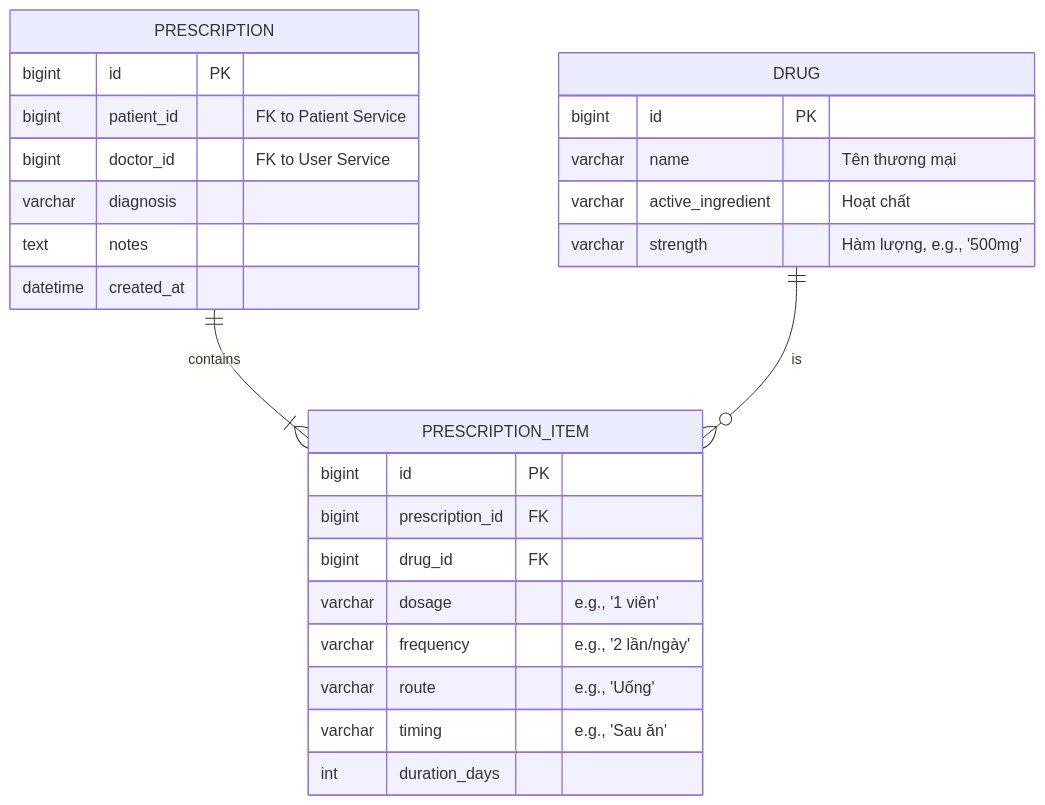
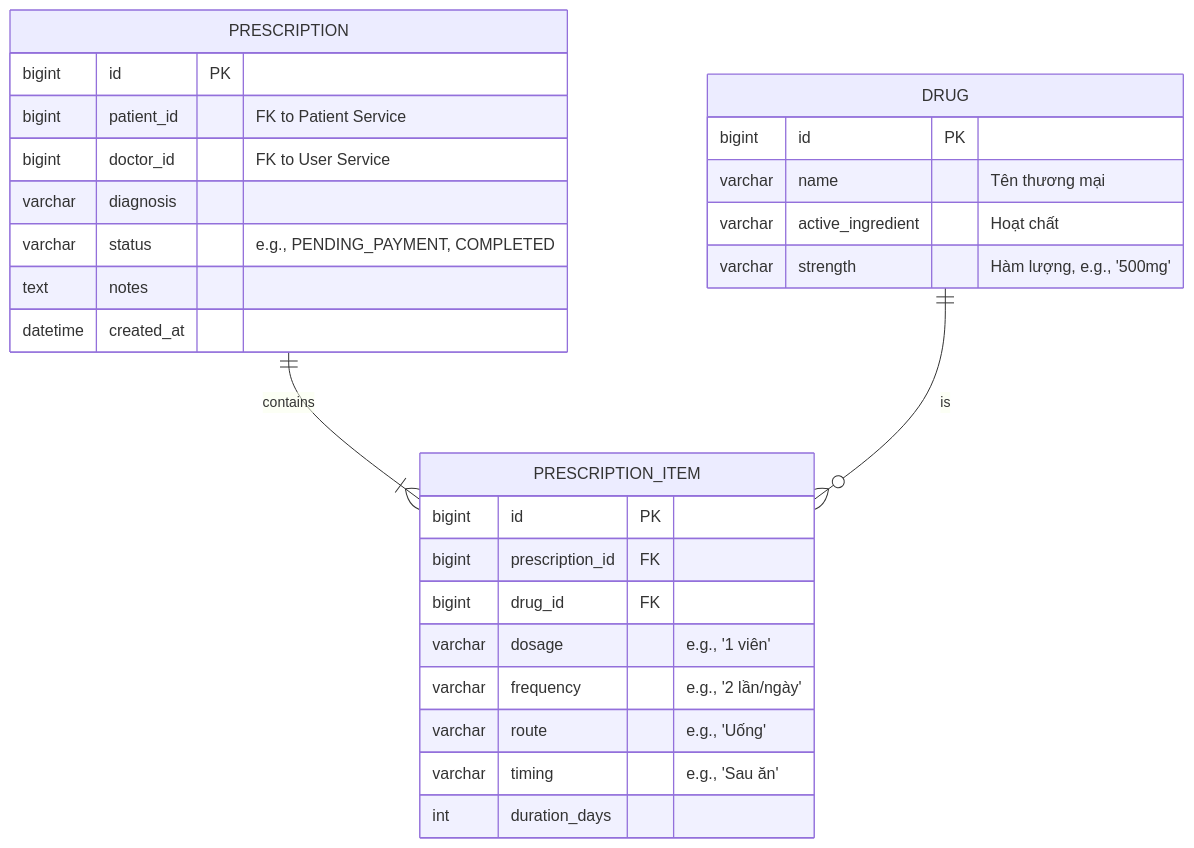
Before and after one commit to smart-healthcare-platform/smart-health-backend: the second of 2 diagrams in medicine/README.md, drawn with Mermaid. The commit also changed other lines of this file, not shown here.

````diff
--- a/medicine/README.md
+++ b/medicine/README.md
@@ -170,33 +173,34 @@
 ```mermaid
 erDiagram
     PRESCRIPTION {
         bigint id PK
         bigint patient_id "FK to Patient Service"
         bigint doctor_id "FK to User Service"
         varchar diagnosis
+        varchar status "e.g., PENDING_PAYMENT, COMPLETED"
         text notes
         datetime created_at
     }
 
     PRESCRIPTION_ITEM {
         bigint id PK
         bigint prescription_id FK
         bigint drug_id FK
         varchar dosage "e.g., '1 viên'"
         varchar frequency "e.g., '2 lần/ngày'"
         varchar route "e.g., 'Uống'"
         varchar timing "e.g., 'Sau ăn'"
         int duration_days
     }
 
     DRUG {
         bigint id PK
         varchar name "Tên thương mại"
         varchar active_ingredient "Hoạt chất"
         varchar strength "Hàm lượng, e.g., '500mg'"
     }
 
     PRESCRIPTION ||--|{ PRESCRIPTION_ITEM : "contains"
     DRUG         ||--o{ PRESCRIPTION_ITEM : "is"
 
 ```
````
